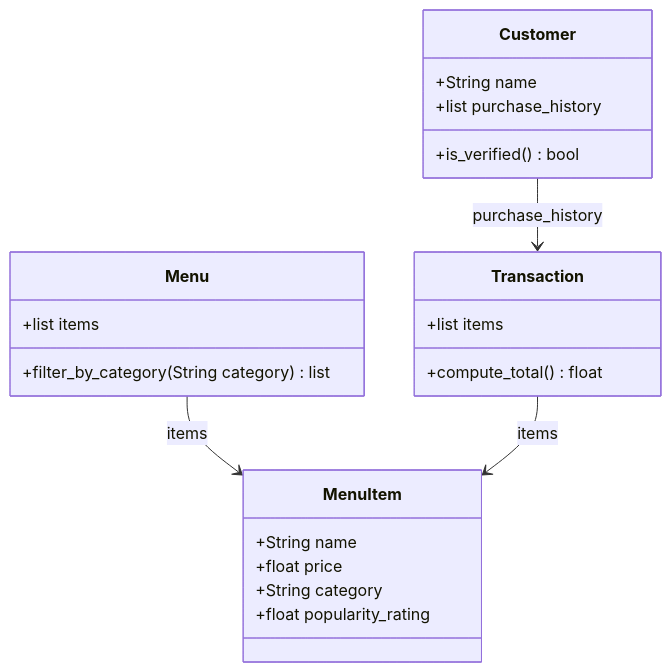
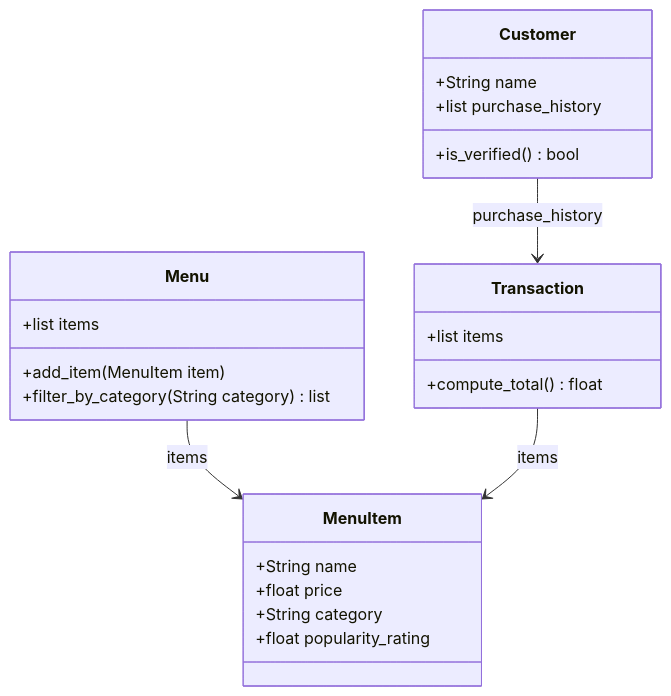
The diagram in bytebites_design.mmd (fidantahirli/bytebites_tinker_activity), drawn with Mermaid before and after one commit. The commit also changed 1 other file, not shown here.

```diff
--- a/bytebites_design.mmd
+++ b/bytebites_design.mmd
@@ -1,27 +1,28 @@
 classDiagram
   class Customer {
     +String name
     +list purchase_history
     +is_verified() bool
   }
 
   class MenuItem {
     +String name
     +float price
     +String category
     +float popularity_rating
   }
 
-  class Menu {
-    +list items
-    +filter_by_category(String category) list
-  }
+class Menu {
+  +list items
+  +add_item(MenuItem item)
+  +filter_by_category(String category) list
+}
 
   class Transaction {
     +list items
     +compute_total() float
   }
 
   Customer --> Transaction : purchase_history
   Menu --> MenuItem : items
   Transaction --> MenuItem : items
```
